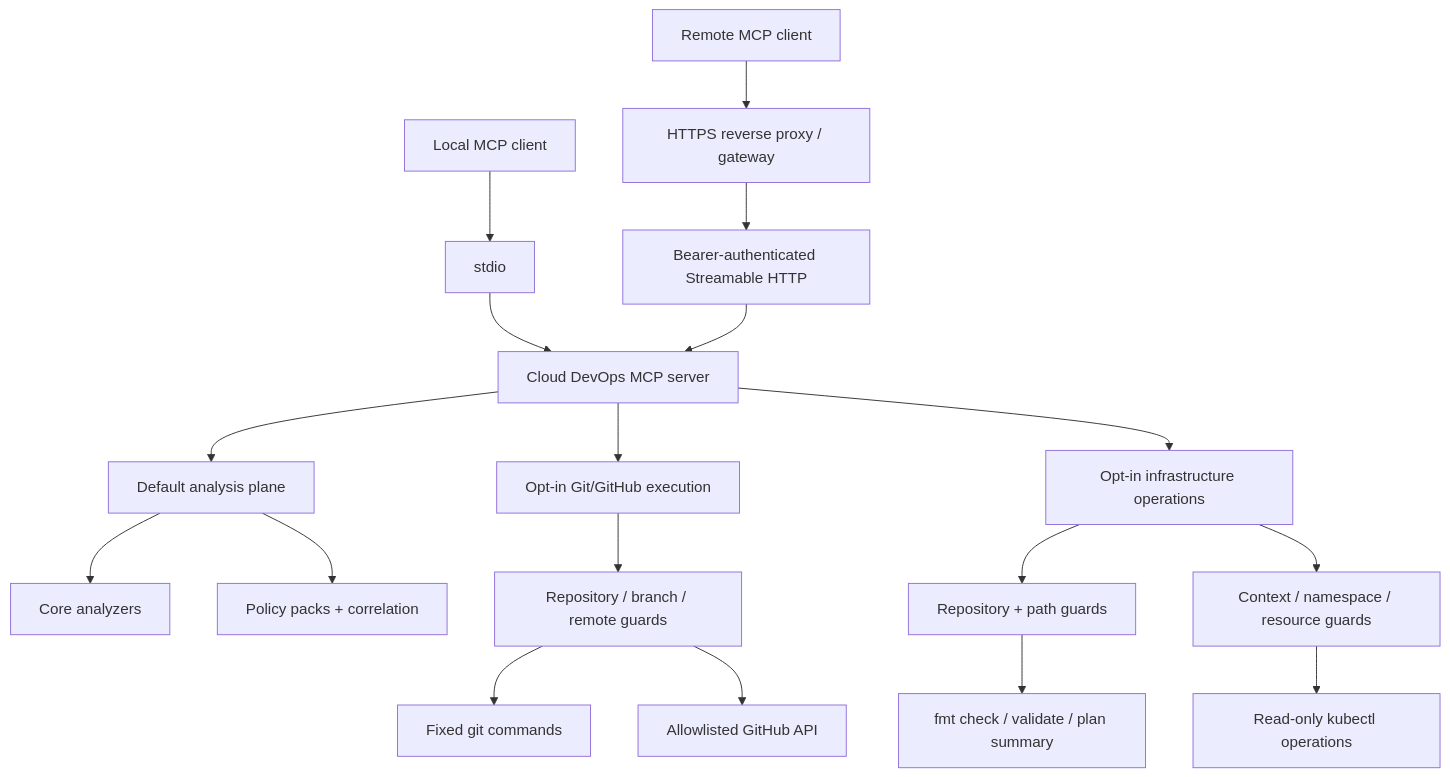
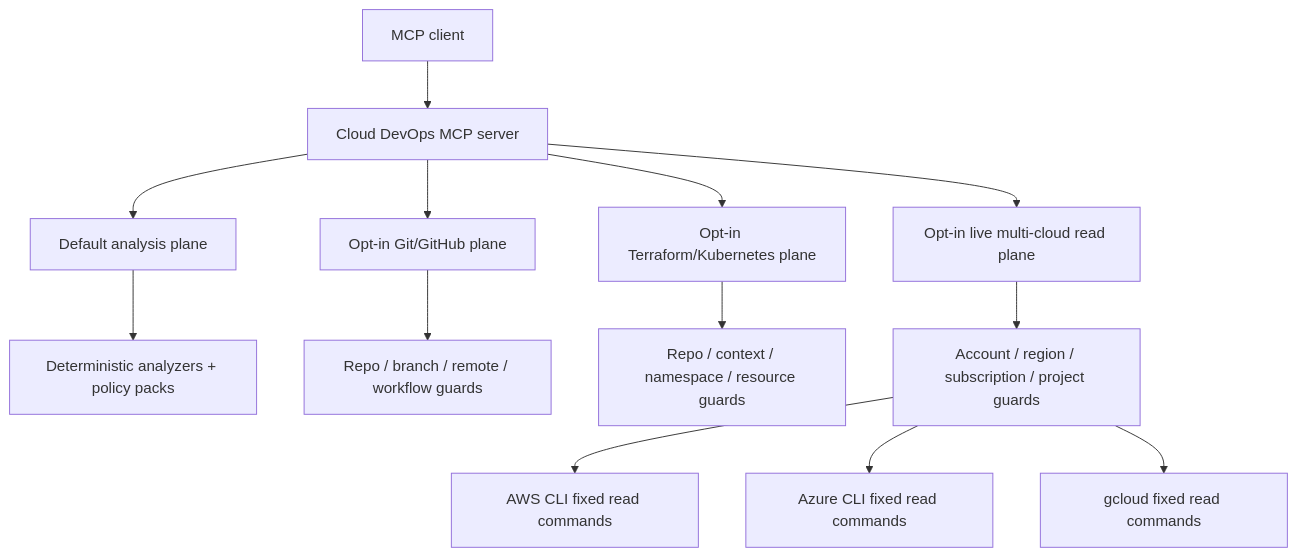
Before and after one commit to alexcgodwin/cloud-devops-mcp-server: the diagram in docs/architecture.md, drawn with Mermaid. The commit also changed other lines of this file and 14 other files, not shown here.

Commit message:
Add live multi-cloud inventory and observability (#17)

````diff
--- a/docs/architecture.md
+++ b/docs/architecture.md
@@ -15,23 +16,17 @@
 ```mermaid
 flowchart TD
-  Local["Local MCP client"] --> Stdio["stdio"]
-  Remote["Remote MCP client"] --> HTTPS["HTTPS reverse proxy / gateway"]
-  HTTPS --> AuthHTTP["Bearer-authenticated Streamable HTTP"]
-  Stdio --> Server["Cloud DevOps MCP server"]
-  AuthHTTP --> Server
+  Client["MCP client"] --> Server["Cloud DevOps MCP server"]
+  Server --> Analysis["Default analysis plane"]
+  Server --> GitOps["Opt-in Git/GitHub plane"]
+  Server --> Infra["Opt-in Terraform/Kubernetes plane"]
+  Server --> Cloud["Opt-in live multi-cloud read plane"]
 
-  Server --> Analysis["Default analysis plane"]
-  Analysis --> Logic["Core analyzers"]
-  Analysis --> Intelligence["Policy packs + correlation"]
+  Analysis --> Logic["Deterministic analyzers + policy packs"]
+  GitOps --> GitGuards["Repo / branch / remote / workflow guards"]
+  Infra --> InfraGuards["Repo / context / namespace / resource guards"]
+  Cloud --> CloudGuards["Account / region / subscription / project guards"]
 
-  Server --> GitOps["Opt-in Git/GitHub execution"]
-  GitOps --> RepoGuard["Repository / branch / remote guards"]
-  RepoGuard --> Git["Fixed git commands"]
-  RepoGuard --> GitHub["Allowlisted GitHub API"]
-
-  Server --> InfraOps["Opt-in infrastructure operations"]
-  InfraOps --> TfGuard["Repository + path guards"]
-  TfGuard --> Terraform["fmt check / validate / plan summary"]
-  InfraOps --> KubeGuard["Context / namespace / resource guards"]
-  KubeGuard --> Kubectl["Read-only kubectl operations"]
+  CloudGuards --> AWS["AWS CLI fixed read commands"]
+  CloudGuards --> Azure["Azure CLI fixed read commands"]
+  CloudGuards --> GCP["gcloud fixed read commands"]
 ```
````
